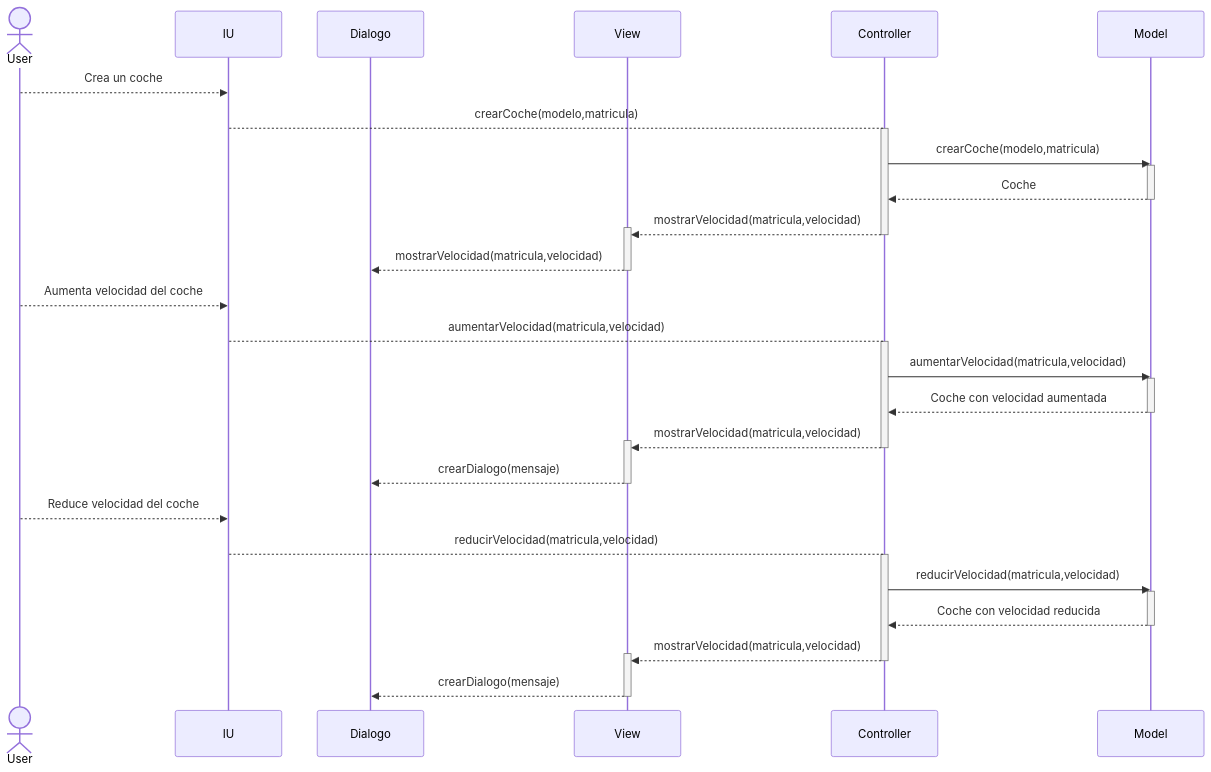
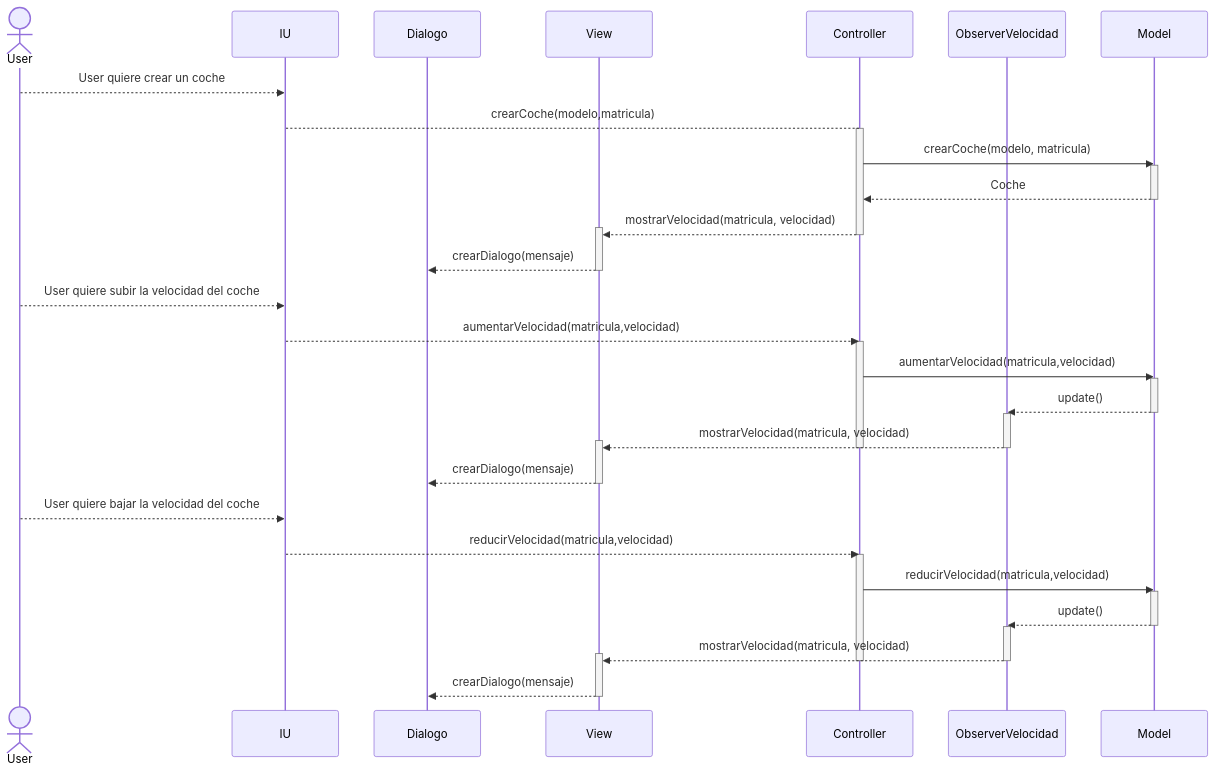
One commit to JorgeAmestoy/MVC_coches changed the third of 4 diagrams in Readme.md. Above: the diagram before and after it, drawn with Mermaid. The commit also changed other lines of this file, not shown here.

````diff
--- a/Readme.md
+++ b/Readme.md
@@ -101,46 +116,47 @@
 ```mermaid
 sequenceDiagram
-actor User
-    participant IU
-    participant Dialogo
-    participant View
-    participant Controller
-    participant Model    
-    
-    
-    User-->>IU: Crea un coche
+actor User    
+participant IU
+participant Dialogo
+participant View
+participant Controller
+participant ObserverVelocidad
+participant Model
+
+    User-->>IU: User quiere crear un coche
     IU-->Controller: crearCoche(modelo,matricula)
     activate Controller
-    Controller->>Model: crearCoche(modelo,matricula)
+    Controller->>Model: crearCoche(modelo, matricula)
     activate Model
     Model-->>Controller: Coche
     deactivate Model
-    Controller-->>+View: mostrarVelocidad(matricula,velocidad)
+    Controller-->>+View: mostrarVelocidad(matricula, velocidad)
     deactivate Controller
-    View-->>-Dialogo: mostrarVelocidad(matricula,velocidad)  
-      
-    User-->>IU: Aumenta velocidad del coche
-    IU-->Controller: aumentarVelocidad(matricula,velocidad)
+    View-->>-Dialogo: crearDialogo(mensaje)
+    
+    User-->>IU: User quiere subir la velocidad del coche
+    IU-->>Controller: aumentarVelocidad(matricula,velocidad)
     activate Controller
     Controller->>Model: aumentarVelocidad(matricula,velocidad)
     activate Model
-    Model-->>Controller: Coche con velocidad aumentada
+    Model-->>ObserverVelocidad: update()
     deactivate Model
-    Controller-->>+View: mostrarVelocidad(matricula,velocidad)
+    activate ObserverVelocidad
+    ObserverVelocidad-->>+View: mostrarVelocidad(matricula, velocidad)
+    deactivate ObserverVelocidad
     deactivate Controller
-    View-->>-Dialogo: crearDialogo(mensaje) 
-       
-    User-->>IU: Reduce velocidad del coche
-    IU-->Controller: reducirVelocidad(matricula,velocidad)
+    View-->>-Dialogo: crearDialogo(mensaje)
+    
+    User-->>IU: User quiere bajar la velocidad del coche
+    IU-->>Controller: reducirVelocidad(matricula,velocidad)
     activate Controller
     Controller->>Model: reducirVelocidad(matricula,velocidad)
     activate Model
-    Model-->>Controller: Coche con velocidad reducida
+    Model-->>ObserverVelocidad: update()
     deactivate Model
-    Controller-->>+View: mostrarVelocidad(matricula,velocidad)
+    activate ObserverVelocidad
+    ObserverVelocidad-->>+View: mostrarVelocidad(matricula, velocidad)
+    deactivate ObserverVelocidad
     deactivate Controller
     View-->>-Dialogo: crearDialogo(mensaje)
-    
-    
-   
 ```
````
